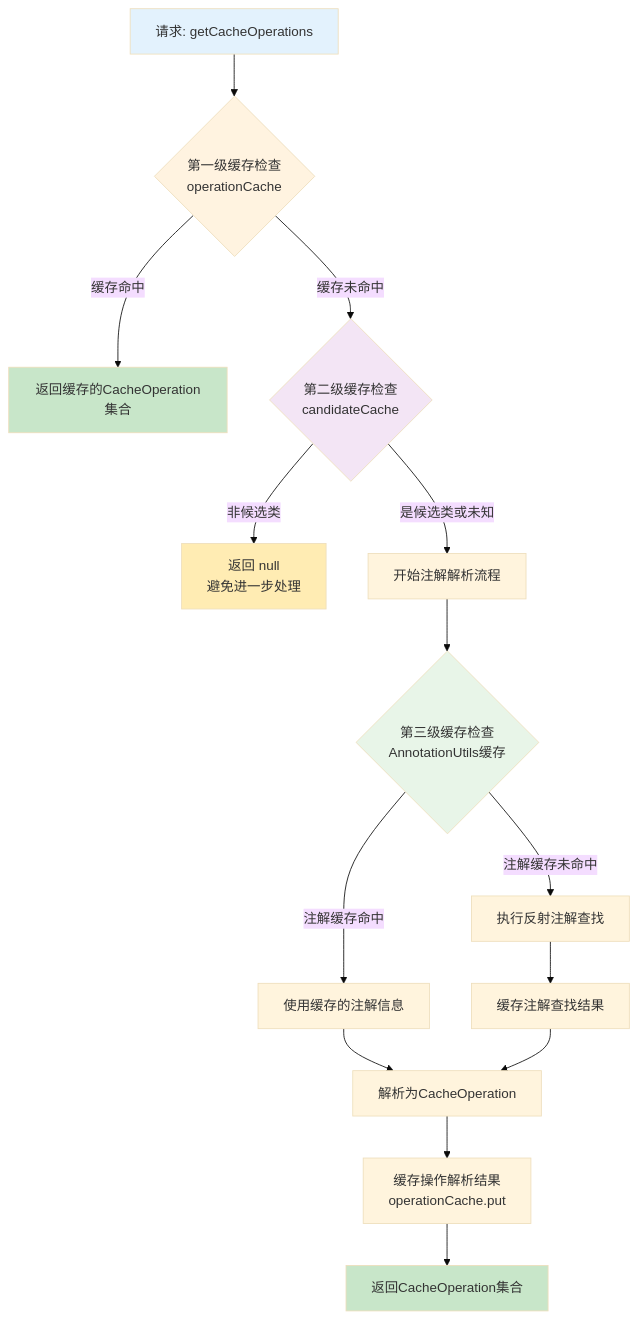
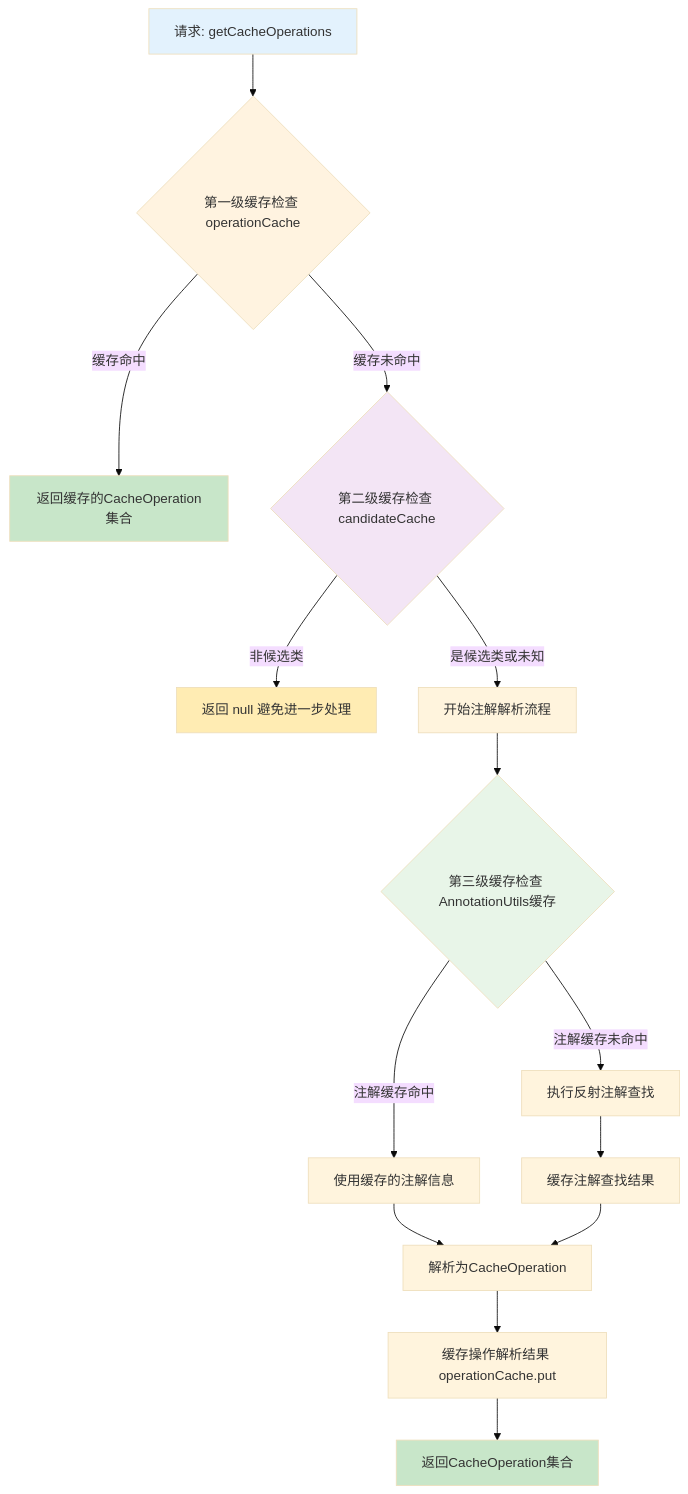
One commit to DavidHLP/blog changed the sixth of 8 diagrams in src/content/note/zh-cn/spring-cache-cacheoperation-source-analysis.md. Above: the diagram before and after it, drawn with Mermaid (base theme). The commit also changed other lines of this file and 1 other file, not shown here.

````diff
--- a/src/content/note/zh-cn/spring-cache-cacheoperation-source-analysis.md
+++ b/src/content/note/zh-cn/spring-cache-cacheoperation-source-analysis.md
@@ -826,29 +826,29 @@
 ```mermaid
 graph TD
-    A["请求: getCacheOperations"] --> B{"第一级缓存检查\noperationCache"}
+    A["请求: getCacheOperations"] --> B{"第一级缓存检查 operationCache"}
 
     B -->|缓存命中| C["返回缓存的CacheOperation集合"]
-    B -->|缓存未命中| D{"第二级缓存检查\ncandidateCache"}
+    B -->|缓存未命中| D{"第二级缓存检查 candidateCache"}
 
-    D -->|非候选类| E["返回 null\n避免进一步处理"]
+    D -->|非候选类| E["返回 null 避免进一步处理"]
     D -->|是候选类或未知| F["开始注解解析流程"]
 
-    F --> G{"第三级缓存检查\nAnnotationUtils缓存"}
+    F --> G{"第三级缓存检查 AnnotationUtils缓存"}
     G -->|注解缓存命中| H["使用缓存的注解信息"]
     G -->|注解缓存未命中| I["执行反射注解查找"]
 
     H --> J["解析为CacheOperation"]
     I --> K["缓存注解查找结果"]
     K --> J
 
-    J --> L["缓存操作解析结果\noperationCache.put"]
+    J --> L["缓存操作解析结果 operationCache.put"]
     L --> M["返回CacheOperation集合"]
 
     style A fill:#e3f2fd
     style C fill:#c8e6c9
     style E fill:#ffecb3
     style M fill:#c8e6c9
     style B fill:#fff3e0
     style D fill:#f3e5f5
     style G fill:#e8f5e8
 ```
````
